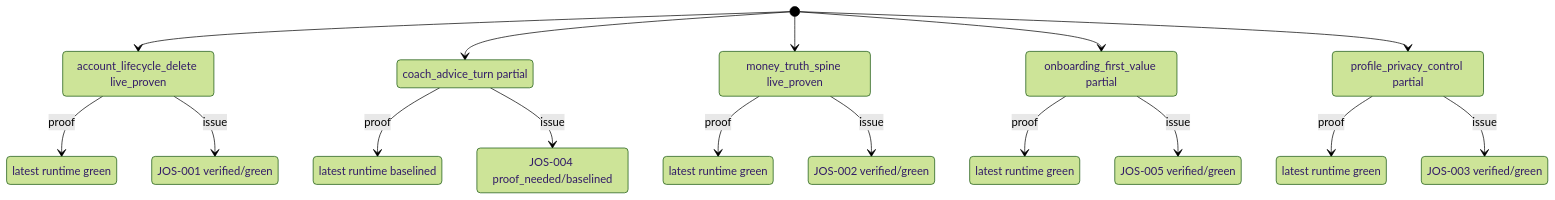
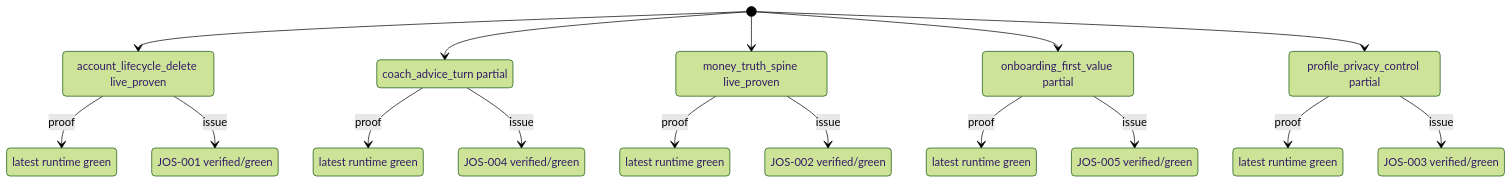
Before and after one commit to MINT-IA/MINT: the diagram in .planning/journeys/diagrams/journey_state.mmd, drawn with Mermaid (forest theme). The commit also changed 11 other files, not shown here.

Commit message:
Record JOS004 coach advice runtime proof

```diff
--- a/.planning/journeys/diagrams/journey_state.mmd
+++ b/.planning/journeys/diagrams/journey_state.mmd
@@ -1,32 +1,32 @@
 %% Generated Journey OS state ledger
 stateDiagram-v2
   state "account_lifecycle_delete live_proven" as journey_account_lifecycle_delete
   state "latest runtime green" as evidence_account_lifecycle_delete
   [*] --> journey_account_lifecycle_delete
   journey_account_lifecycle_delete --> evidence_account_lifecycle_delete: proof
   state "JOS-001 verified/green" as issue_JOS_001
   journey_account_lifecycle_delete --> issue_JOS_001: issue
   state "coach_advice_turn partial" as journey_coach_advice_turn
-  state "latest runtime baselined" as evidence_coach_advice_turn
+  state "latest runtime green" as evidence_coach_advice_turn
   [*] --> journey_coach_advice_turn
   journey_coach_advice_turn --> evidence_coach_advice_turn: proof
-  state "JOS-004 proof_needed/baselined" as issue_JOS_004
+  state "JOS-004 verified/green" as issue_JOS_004
   journey_coach_advice_turn --> issue_JOS_004: issue
   state "money_truth_spine live_proven" as journey_money_truth_spine
   state "latest runtime green" as evidence_money_truth_spine
   [*] --> journey_money_truth_spine
   journey_money_truth_spine --> evidence_money_truth_spine: proof
   state "JOS-002 verified/green" as issue_JOS_002
   journey_money_truth_spine --> issue_JOS_002: issue
   state "onboarding_first_value partial" as journey_onboarding_first_value
   state "latest runtime green" as evidence_onboarding_first_value
   [*] --> journey_onboarding_first_value
   journey_onboarding_first_value --> evidence_onboarding_first_value: proof
   state "JOS-005 verified/green" as issue_JOS_005
   journey_onboarding_first_value --> issue_JOS_005: issue
   state "profile_privacy_control partial" as journey_profile_privacy_control
   state "latest runtime green" as evidence_profile_privacy_control
   [*] --> journey_profile_privacy_control
   journey_profile_privacy_control --> evidence_profile_privacy_control: proof
   state "JOS-003 verified/green" as issue_JOS_003
   journey_profile_privacy_control --> issue_JOS_003: issue
```
